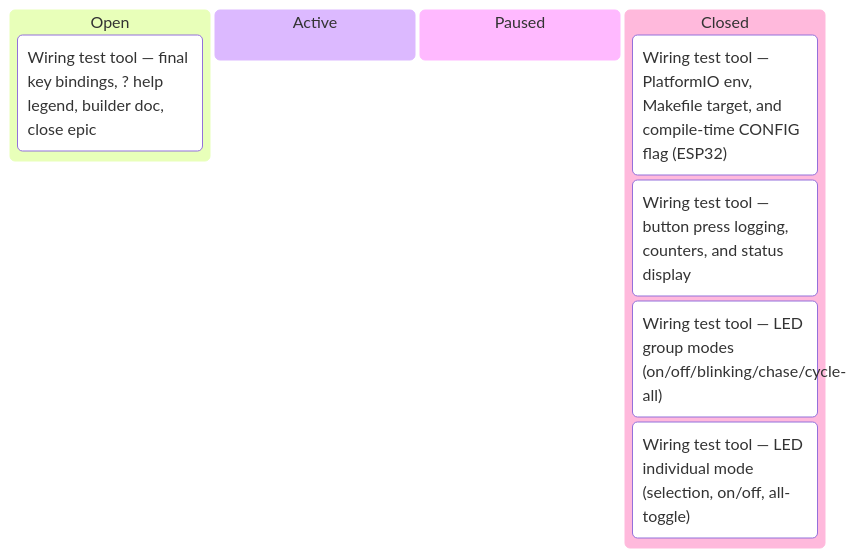
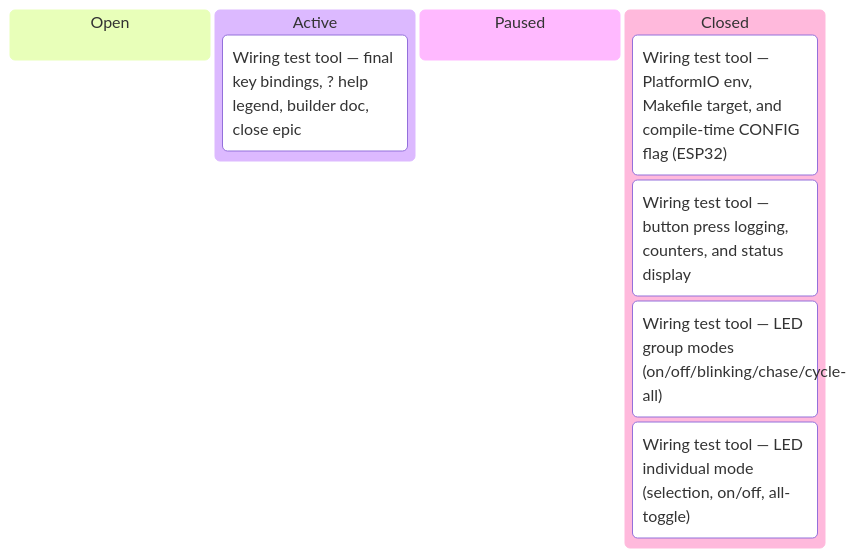
Before and after one commit to tgd1975/AwesomeGuitarPedal: the seventh of 8 diagrams in docs/developers/tasks/KANBAN.md, drawn with Mermaid. The commit also changed other lines of this file and 7 other files, not shown here.

````diff
--- a/docs/developers/tasks/KANBAN.md
+++ b/docs/developers/tasks/KANBAN.md
@@ -102,12 +102,12 @@
 ```mermaid
 kanban
   Open
+  Active
     TASK_387["Wiring test tool — final key bindings, ? help legend, builder doc, close epic"]
-  Active
   Paused
   Closed
     TASK_383["Wiring test tool — PlatformIO env, Makefile target, and compile-time CONFIG flag (ESP32)"]
     TASK_384["Wiring test tool — button press logging, counters, and status display"]
     TASK_385["Wiring test tool — LED group modes (on/off/blinking/chase/cycle-all)"]
     TASK_386["Wiring test tool — LED individual mode (selection, on/off, all-toggle)"]
 ```
````
